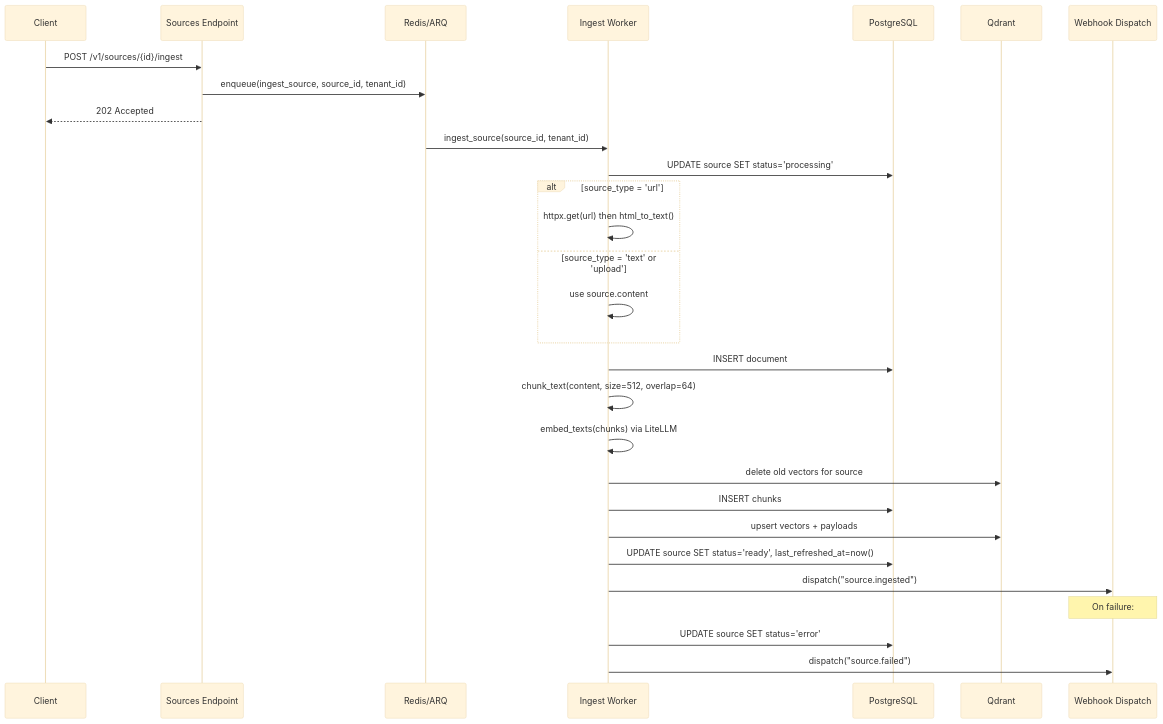
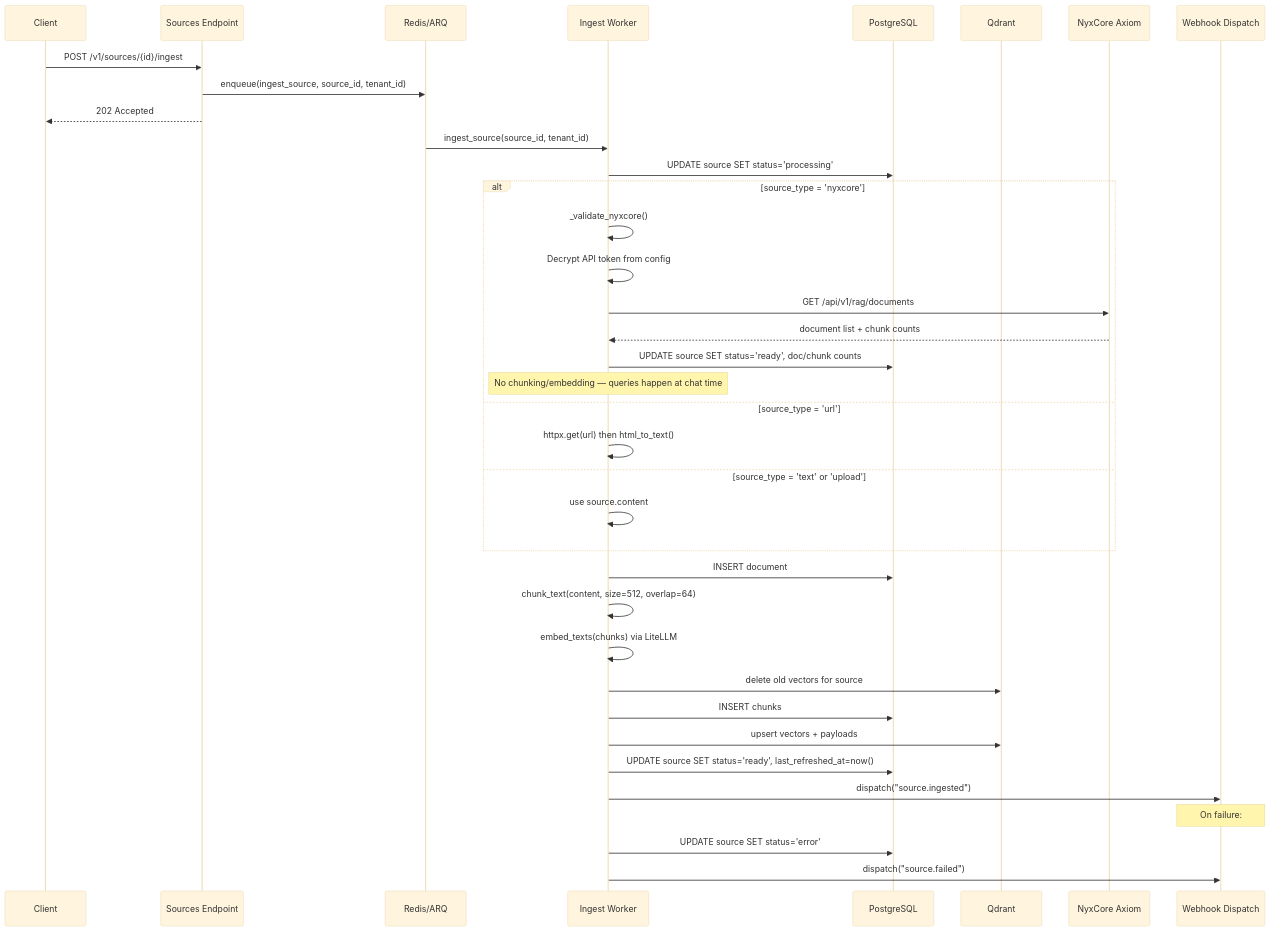
The fourth of 7 diagrams in docs/architecture.md (mrwind-up-bird/mini-chat-rag), drawn with Mermaid (base theme) before and after one commit. The commit also changed other lines of this file and 4 other files, not shown here.

````diff
--- a/docs/architecture.md
+++ b/docs/architecture.md
@@ -215,36 +230,44 @@
 ```mermaid
 sequenceDiagram
     participant C as Client
     participant API as Sources Endpoint
     participant R as Redis/ARQ
     participant W as Ingest Worker
     participant DB as PostgreSQL
     participant Q as Qdrant
+    participant NyxCore as NyxCore Axiom
     participant WH as Webhook Dispatch
-    
+
     C->>API: POST /v1/sources/{id}/ingest
     API->>R: enqueue(ingest_source, source_id, tenant_id)
     API-->>C: 202 Accepted
     
     R->>W: ingest_source(source_id, tenant_id)
     W->>DB: UPDATE source SET status='processing'
     
-    alt source_type = 'url'
+    alt source_type = 'nyxcore'
+        W->>W: _validate_nyxcore()
+        W->>W: Decrypt API token from config
+        W->>NyxCore: GET /api/v1/rag/documents
+        NyxCore-->>W: document list + chunk counts
+        W->>DB: UPDATE source SET status='ready', doc/chunk counts
+        Note over W: No chunking/embedding — queries happen at chat time
+    else source_type = 'url'
         W->>W: httpx.get(url) then html_to_text()
     else source_type = 'text' or 'upload'
         W->>W: use source.content
     end
     
     W->>DB: INSERT document
     W->>W: chunk_text(content, size=512, overlap=64)
     W->>W: embed_texts(chunks) via LiteLLM
     W->>Q: delete old vectors for source
     W->>DB: INSERT chunks
     W->>Q: upsert vectors + payloads
     W->>DB: UPDATE source SET status='ready', last_refreshed_at=now()
     W->>WH: dispatch("source.ingested")
     
     Note over WH: On failure:
     W->>DB: UPDATE source SET status='error'
     W->>WH: dispatch("source.failed")
 ```
````
